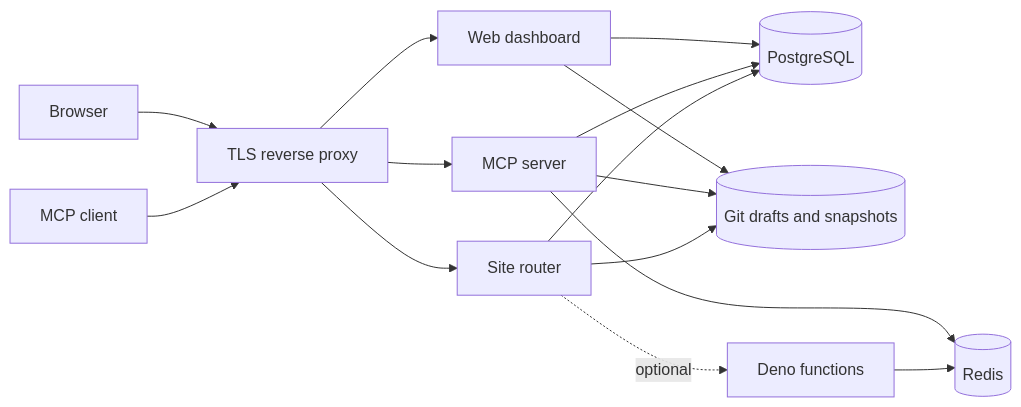
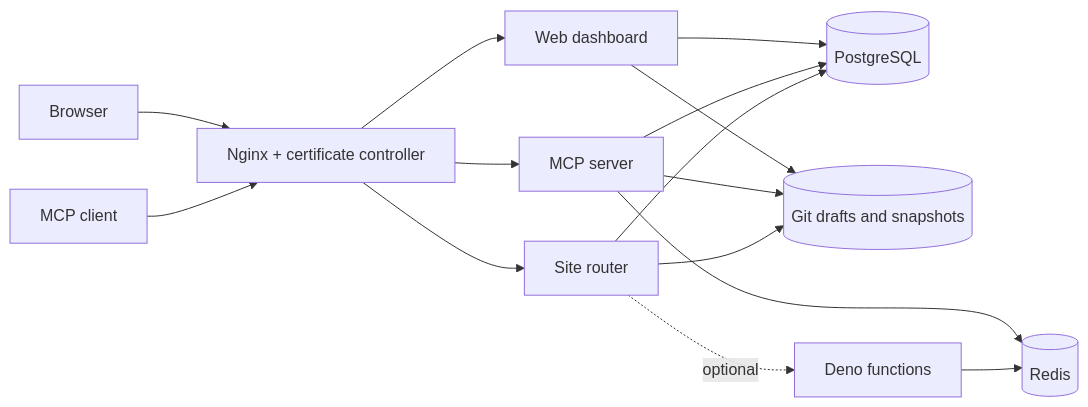
One commit to reg2005/mcpStaticHosting changed the diagram in README.md. Above: the diagram before and after it, drawn with Mermaid. The commit also changed other lines of this file and 67 other files, not shown here.

````diff
--- a/README.md
+++ b/README.md
@@ -94,17 +95,17 @@
 ```mermaid
 flowchart LR
-  Browser --> Proxy[TLS reverse proxy]
+  Browser --> Proxy[Nginx + certificate controller]
   Agent[MCP client] --> Proxy
   Proxy --> Web[Web dashboard]
   Proxy --> MCP[MCP server]
   Proxy --> Router[Site router]
   Web --> PG[(PostgreSQL)]
   MCP --> PG
   Router --> PG
   Web --> Sites[(Git drafts and snapshots)]
   MCP --> Sites
   Router --> Sites
   MCP --> Redis[(Redis)]
   Router -. optional .-> Deno[Deno functions]
   Deno --> Redis
 ```
````
